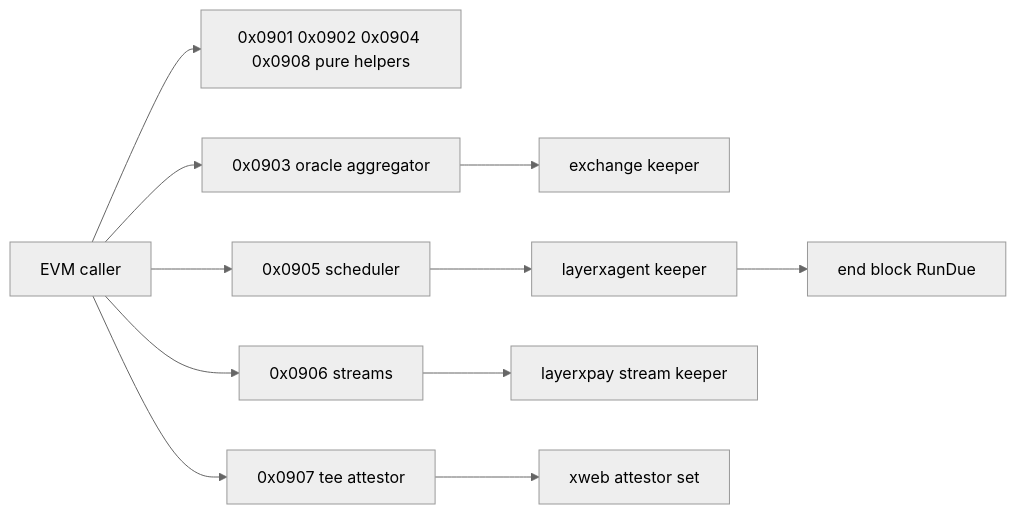
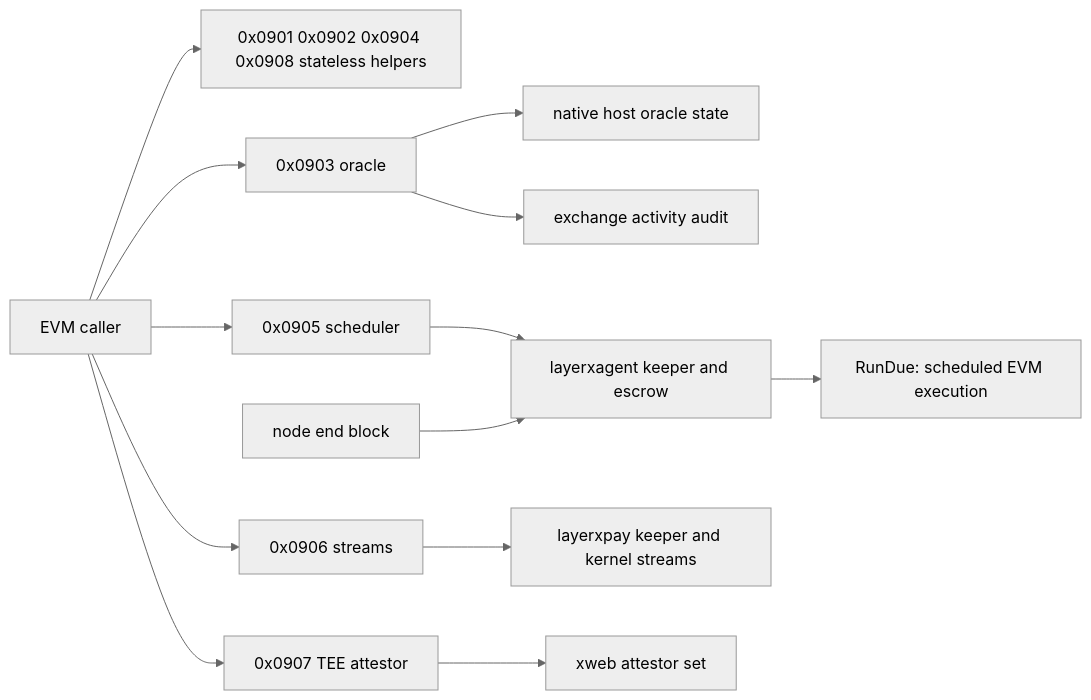
One commit to Sidiora-Labs/paxeer-monorepo changed the diagram in spec/layerx-merge/contracts/agent-functions.md. Above: the diagram before and after it, drawn with Mermaid (neutral theme). The commit also changed other lines of this file, not shown here.

````diff
--- a/spec/layerx-merge/contracts/agent-functions.md
+++ b/spec/layerx-merge/contracts/agent-functions.md
@@ -9,13 +20,15 @@
 ```mermaid
 flowchart LR
-  caller["EVM caller"] --> pure["0x0901 0x0902 0x0904 0x0908 pure helpers"]
-  caller --> orc["0x0903 oracle aggregator"]
+  caller["EVM caller"] --> pure["0x0901 0x0902 0x0904 0x0908 stateless helpers"]
+  caller --> orc["0x0903 oracle"]
   caller --> sch["0x0905 scheduler"]
   caller --> str["0x0906 streams"]
-  caller --> tee["0x0907 tee attestor"]
-  orc --> ex["exchange keeper"]
-  sch --> ag["layerxagent keeper"]
-  str --> pay["layerxpay stream keeper"]
+  caller --> tee["0x0907 TEE attestor"]
+  orc --> host["native host oracle state"]
+  orc --> audit["exchange activity audit"]
+  sch --> ag["layerxagent keeper and escrow"]
+  str --> pay["layerxpay keeper and kernel streams"]
   tee --> xw["xweb attestor set"]
-  ag --> eb["end block RunDue"]
+  eb["node end block"] --> ag
+  ag --> run["RunDue: scheduled EVM execution"]
 ```
````
